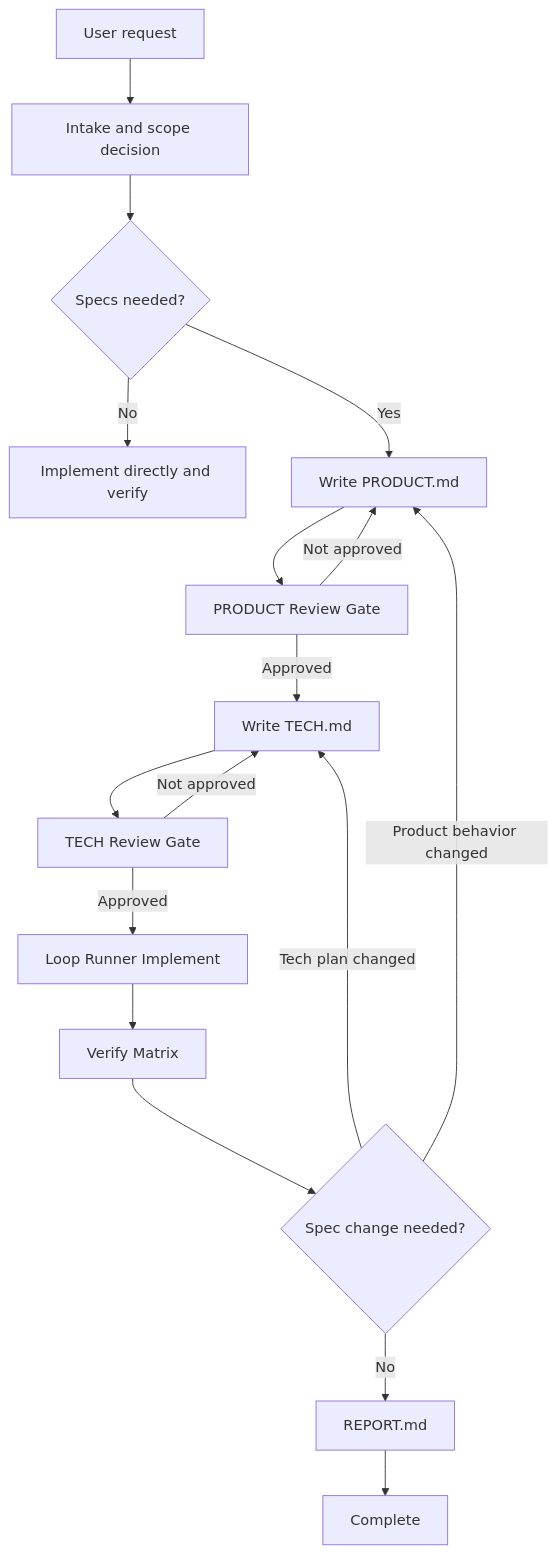
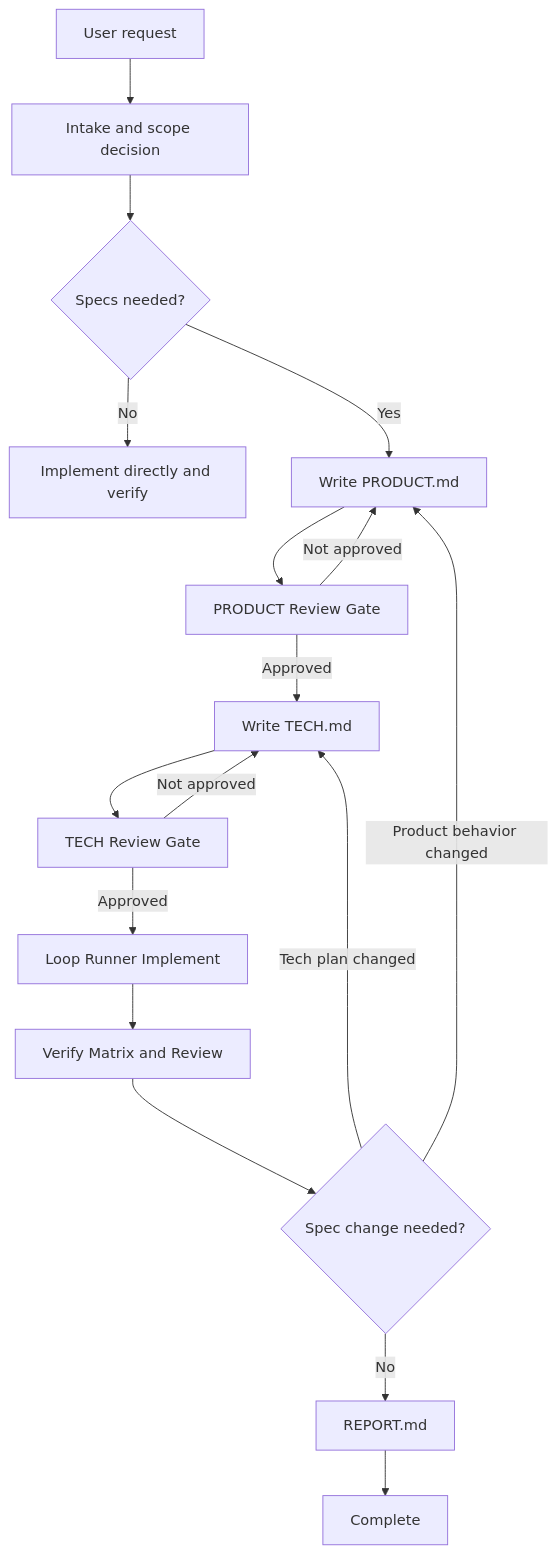
The diagram in docs/workflow.md (ai-x-builder/FastSpec), drawn with Mermaid before and after one commit. The commit also changed other lines of this file and 20 other files, not shown here.

````diff
--- a/docs/workflow.md
+++ b/docs/workflow.md
@@ -42,19 +53,19 @@
 ```mermaid
 flowchart TD
   A["User request"] --> B["Intake and scope decision"]
   B --> C{"Specs needed?"}
   C -->|No| D["Implement directly and verify"]
   C -->|Yes| E["Write PRODUCT.md"]
   E --> F["PRODUCT Review Gate"]
   F -->|Not approved| E
   F -->|Approved| G["Write TECH.md"]
   G --> H["TECH Review Gate"]
   H -->|Not approved| G
   H -->|Approved| I["Loop Runner Implement"]
-  I --> J["Verify Matrix"]
+  I --> J["Verify Matrix and Review"]
   J --> K{"Spec change needed?"}
   K -->|Product behavior changed| E
   K -->|Tech plan changed| G
   K -->|No| L["REPORT.md"]
   L --> M["Complete"]
 ```
````
